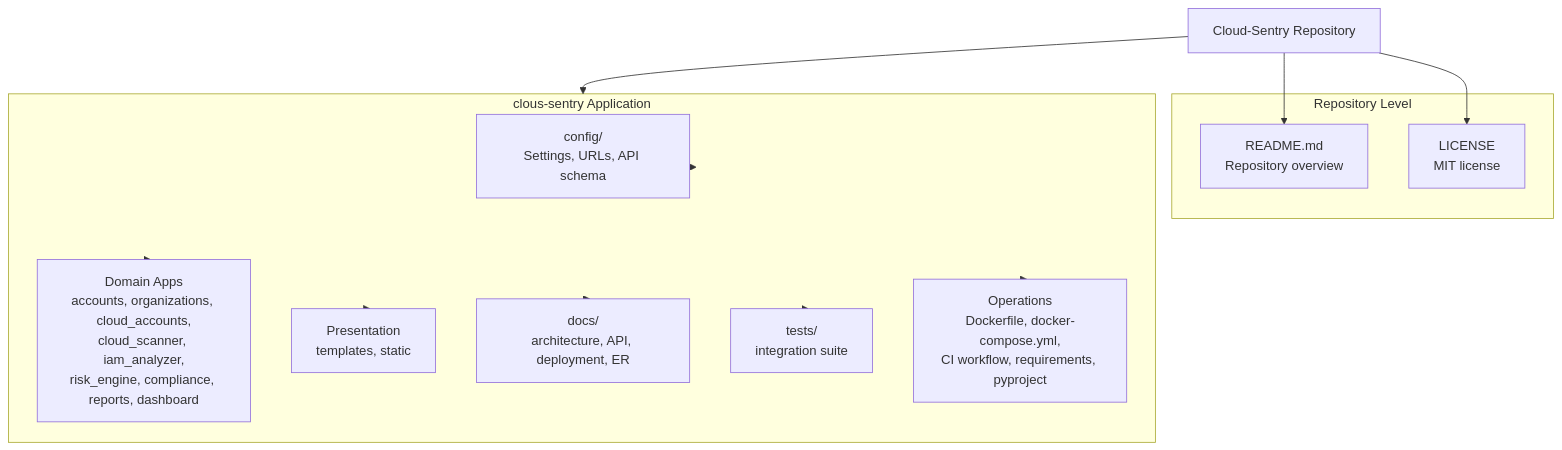
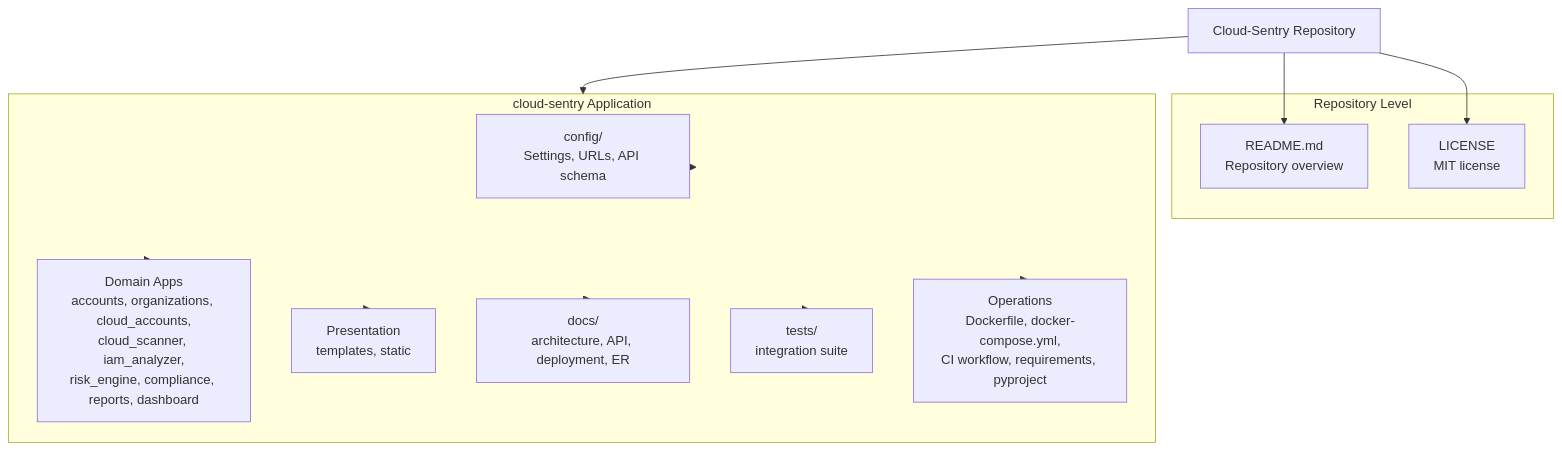
One commit to Njbalamani/Cloud-Sentry changed the first of 9 diagrams in README.md. Above: the diagram before and after it, drawn with Mermaid. The commit also changed other lines of this file and 197 other files, not shown here.

````diff
--- a/README.md
+++ b/README.md
@@ -121,28 +121,28 @@
 ```mermaid
 flowchart TB
     ROOT["Cloud-Sentry Repository"]
 
     subgraph REPO["Repository Level"]
         RREADME["README.md<br/>Repository overview"]
         RLICENSE["LICENSE<br/>MIT license"]
     end
 
-    subgraph APP["clous-sentry Application"]
+    subgraph APP["cloud-sentry Application"]
         CONFIG["config/<br/>Settings, URLs, API schema"]
         DOMAIN["Domain Apps<br/>accounts, organizations, cloud_accounts,<br/>cloud_scanner, iam_analyzer,<br/>risk_engine, compliance, reports, dashboard"]
         PRESENTATION["Presentation<br/>templates, static"]
         DOCS["docs/<br/>architecture, API, deployment, ER"]
         TESTS["tests/<br/>integration suite"]
         OPS["Operations<br/>Dockerfile, docker-compose.yml,<br/>CI workflow, requirements, pyproject"]
     end
 
     ROOT --> RREADME
     ROOT --> RLICENSE
     ROOT --> APP
     APP --> CONFIG
     APP --> DOMAIN
     APP --> PRESENTATION
     APP --> DOCS
     APP --> TESTS
     APP --> OPS
 ```
````
